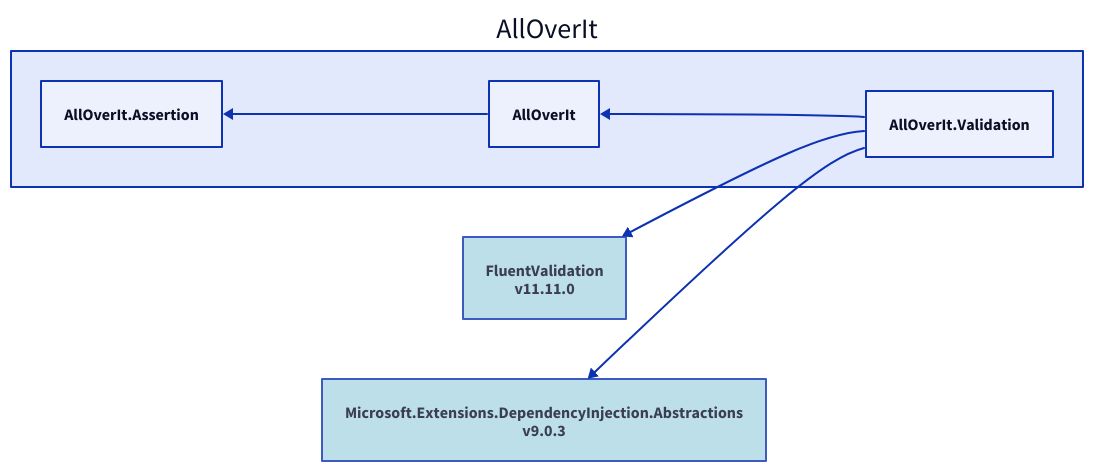
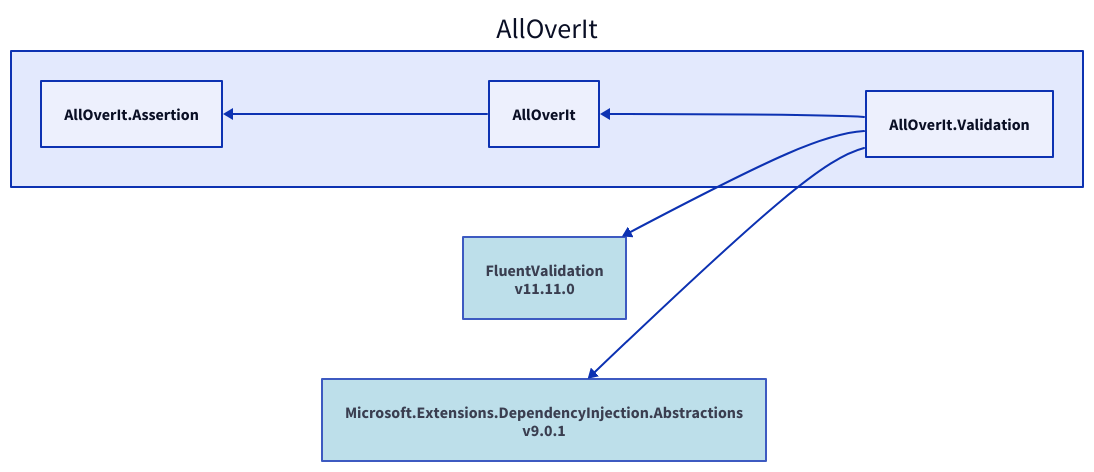
One commit to mjfreelancing/AllOverIt changed the diagram in Docs/Reference/Content/images/dependencies/net9.0/alloverit-validation.d2. Above: the diagram before and after it, drawn with D2. The commit also changed 65 other files, not shown here.

```diff
--- a/Docs/Reference/Content/images/dependencies/net9.0/alloverit-validation.d2
+++ b/Docs/Reference/Content/images/dependencies/net9.0/alloverit-validation.d2
@@ -1,16 +1,16 @@
 direction: left
 
 aoi: AllOverIt
 aoi.alloverit-validation: AllOverIt.Validation
 fluentvalidation_11-11-0: FluentValidation\nv11.11.0
 fluentvalidation_11-11-0.style.fill: "#ADD8E6"
 fluentvalidation_11-11-0.style.opacity: 0.8
 fluentvalidation_11-11-0 <- aoi.alloverit-validation
-microsoft-extensions-dependencyinjection-abstractions_9-0-3: Microsoft.Extensions.DependencyInjection.Abstractions\nv9.0.3
-microsoft-extensions-dependencyinjection-abstractions_9-0-3.style.fill: "#ADD8E6"
-microsoft-extensions-dependencyinjection-abstractions_9-0-3.style.opacity: 0.8
-microsoft-extensions-dependencyinjection-abstractions_9-0-3 <- aoi.alloverit-validation
+microsoft-extensions-dependencyinjection-abstractions_9-0-1: Microsoft.Extensions.DependencyInjection.Abstractions\nv9.0.1
+microsoft-extensions-dependencyinjection-abstractions_9-0-1.style.fill: "#ADD8E6"
+microsoft-extensions-dependencyinjection-abstractions_9-0-1.style.opacity: 0.8
+microsoft-extensions-dependencyinjection-abstractions_9-0-1 <- aoi.alloverit-validation
 aoi.alloverit: AllOverIt
 aoi.alloverit-assertion: AllOverIt.Assertion
 aoi.alloverit-assertion <- aoi.alloverit
 aoi.alloverit <- aoi.alloverit-validation
```
